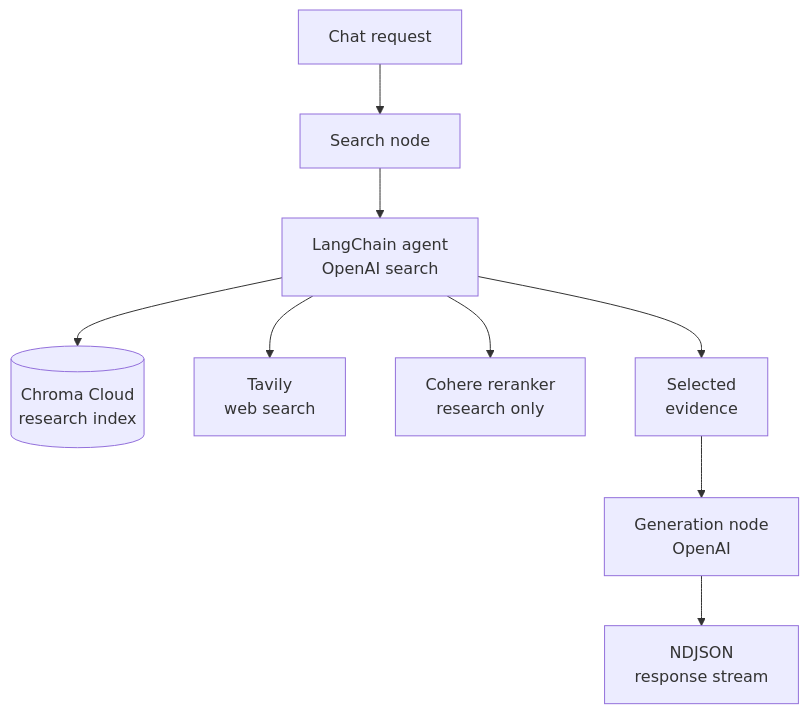
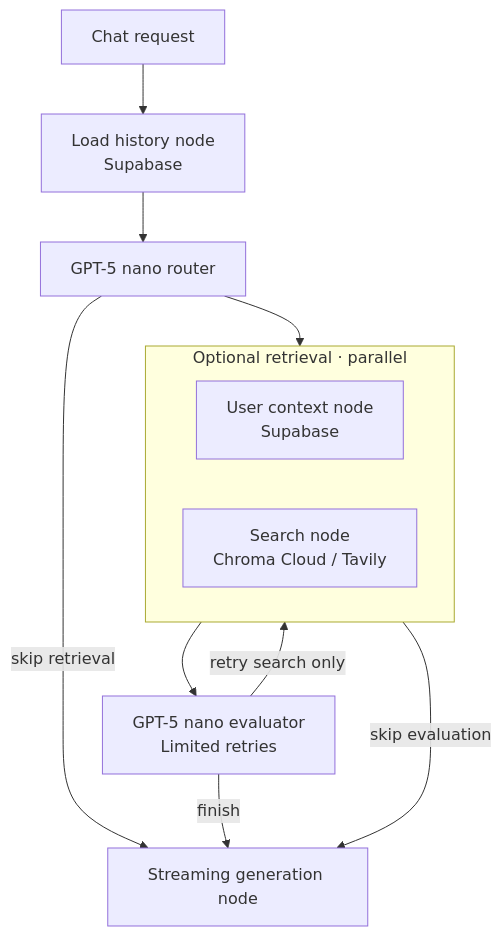
The second of 4 diagrams in README.md (xurichard19/strength-and-conditioning-rag), drawn with Mermaid before and after one commit. The commit also changed other lines of this file and 29 other files, not shown here.

First line of the commit message:
Add quick/deep chat modes and retrieval workflow

````diff
--- a/README.md
+++ b/README.md
@@ -39,11 +39,19 @@
 ```mermaid
 flowchart TB
-    Request["Chat request"] --> Search["Search node"]
-    Search --> Agent["LangChain agent<br/>OpenAI search"]
-    Agent --> Chroma[("Chroma Cloud<br/>research index")]
-    Agent --> Tavily["Tavily<br/>web search"]
-    Agent --> Cohere["Cohere reranker<br/>research only"]
-    Agent --> Evidence["Selected<br/>evidence"]
-    Evidence --> Generate["Generation node<br/>OpenAI"]
-    Generate --> Stream["NDJSON<br/>response stream"]
+    Request["Chat request"] --> History["Load history node<br/>Supabase"]
+    History --> Route["GPT-5 nano router"]
+
+    subgraph Retrieval["Optional retrieval · parallel"]
+        Context["User context node<br/>Supabase"]
+        Search["Search node<br/>Chroma Cloud / Tavily"]
+    end
+
+    Route --> Retrieval
+    Route -->|skip retrieval| Generate
+    Retrieval --> Evaluate["GPT-5 nano evaluator<br/>Limited retries"]
+    Retrieval -->|skip evaluation| Generate
+    Evaluate -->|retry search only| Retrieval
+    Evaluate -->|finish| Generate
+
+    Generate["Streaming generation node"]
 ```
````
